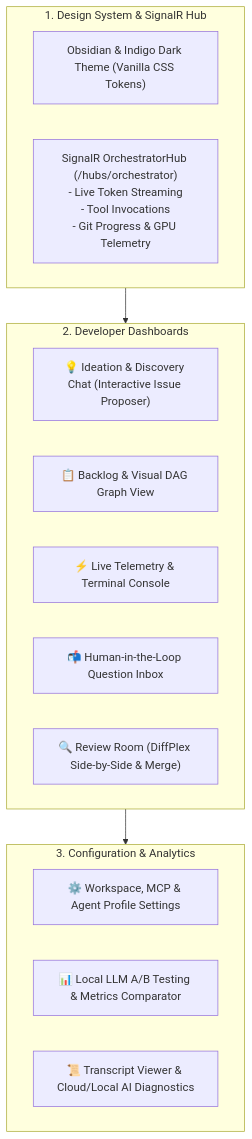
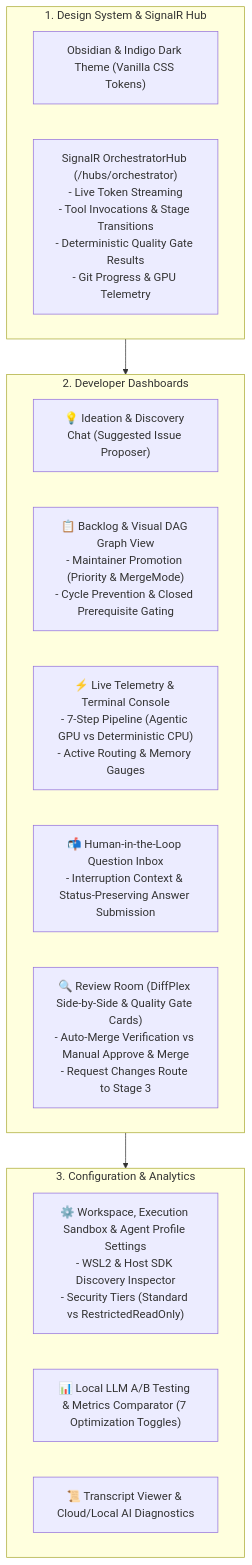
The diagram in docs/plan/05_BLAZOR_WEB_UI_AND_TELEMETRY.md (jetelain/NightCodeForge), drawn with Mermaid before and after one commit. The commit also changed other lines of this file and 59 other files, not shown here.

````diff
--- a/docs/plan/05_BLAZOR_WEB_UI_AND_TELEMETRY.md
+++ b/docs/plan/05_BLAZOR_WEB_UI_AND_TELEMETRY.md
@@ -16,24 +16,24 @@
 ```mermaid
 flowchart TD
     subgraph Step1 ["1. Design System & SignalR Hub"]
         Theme["Obsidian & Indigo Dark Theme (Vanilla CSS Tokens)"]
-        Hub["SignalR OrchestratorHub (/hubs/orchestrator)\n- Live Token Streaming\n- Tool Invocations\n- Git Progress & GPU Telemetry"]
+        Hub["SignalR OrchestratorHub (/hubs/orchestrator)\n- Live Token Streaming\n- Tool Invocations & Stage Transitions\n- Deterministic Quality Gate Results\n- Git Progress & GPU Telemetry"]
     end
 
     subgraph Step2 ["2. Developer Dashboards"]
-        Ideation["💡 Ideation & Discovery Chat (Interactive Issue Proposer)"]
-        Backlog["📋 Backlog & Visual DAG Graph View"]
-        Monitor["⚡ Live Telemetry & Terminal Console"]
-        Inbox["📬 Human-in-the-Loop Question Inbox"]
-        Review["🔍 Review Room (DiffPlex Side-by-Side & Merge)"]
+        Ideation["💡 Ideation & Discovery Chat (Suggested Issue Proposer)"]
+        Backlog["📋 Backlog & Visual DAG Graph View\n- Maintainer Promotion (Priority & MergeMode)\n- Cycle Prevention & Closed Prerequisite Gating"]
+        Monitor["⚡ Live Telemetry & Terminal Console\n- 7-Step Pipeline (Agentic GPU vs Deterministic CPU)\n- Active Routing & Memory Gauges"]
+        Inbox["📬 Human-in-the-Loop Question Inbox\n- Interruption Context & Status-Preserving Answer Submission"]
+        Review["🔍 Review Room (DiffPlex Side-by-Side & Quality Gate Cards)\n- Auto-Merge Verification vs Manual Approve & Merge\n- Request Changes Route to Stage 3"]
     end
 
     subgraph Step3 ["3. Configuration & Analytics"]
-        Settings["⚙️ Workspace, MCP & Agent Profile Settings"]
-        ABTesting["📊 Local LLM A/B Testing & Metrics Comparator"]
+        Settings["⚙️ Workspace, Execution Sandbox & Agent Profile Settings\n- WSL2 & Host SDK Discovery Inspector\n- Security Tiers (Standard vs RestrictedReadOnly)"]
+        ABTesting["📊 Local LLM A/B Testing & Metrics Comparator (7 Optimization Toggles)"]
         Diagnostics["📜 Transcript Viewer & Cloud/Local AI Diagnostics"]
     end
 
     Step1 --> Step2
     Step2 --> Step3
 ```
````
